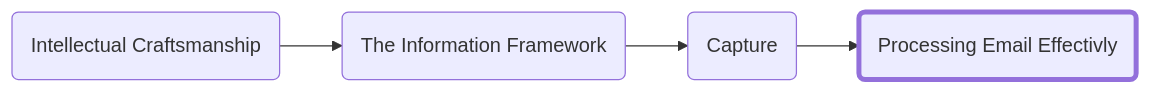
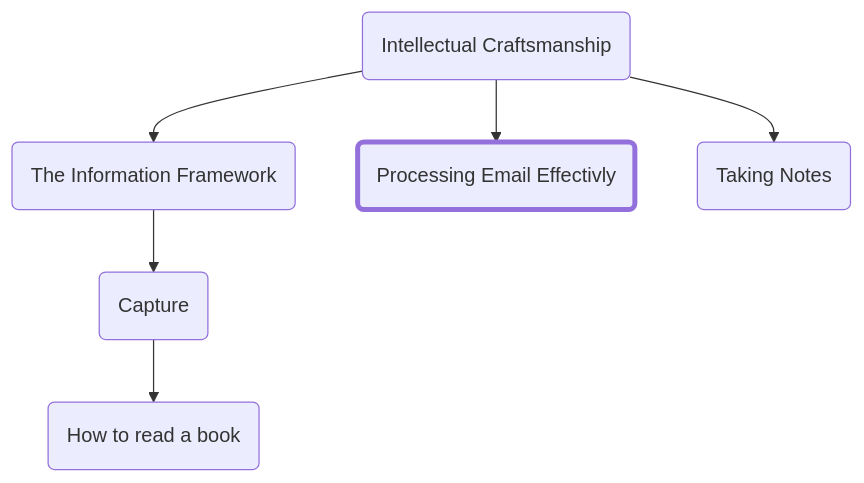
The diagram in _posts/2023-01-05-email.md (forrestpitz/forrestpitz.github.io), drawn with Mermaid before and after one commit. The commit also changed other lines of this file and 20 other files, not shown here.

````diff
--- a/_posts/2023-01-05-email.md
+++ b/_posts/2023-01-05-email.md
@@ -11,10 +74,16 @@
 ```mermaid
-graph LR;
-  A(Intellectual Craftsmanship)-->B(The Information Framework)-->C(Capture)-->D(Processing Email Effectivly)
+graph TD;
+  A(Intellectual Craftsmanship)-->B(The Information Framework)
+  B-->C(Capture)
+  C-->D(How to read a book)
+  A-->E(Processing Email Effectivly)
+  A-->F(Taking Notes)
 
-  style D stroke-width:4px
+  style E stroke-width:4px
 
   click A "{% post_url 2023-01-05-intro %}"
   click B "{% post_url 2023-01-05-info-framework %}"
   click C "{% post_url 2023-01-05-capture %}"
+  click D "{% post_url 2023-01-05-readabook %}"
+  click F "{% post_url 2023-01-05-notetaking %}"
 ```
````
